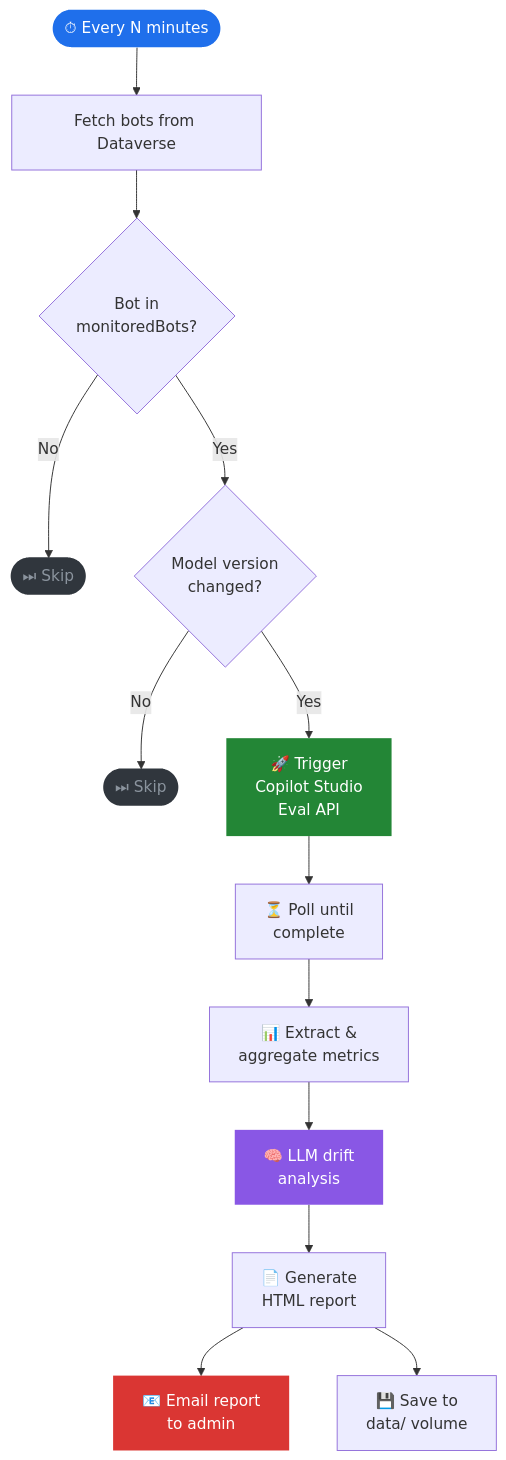
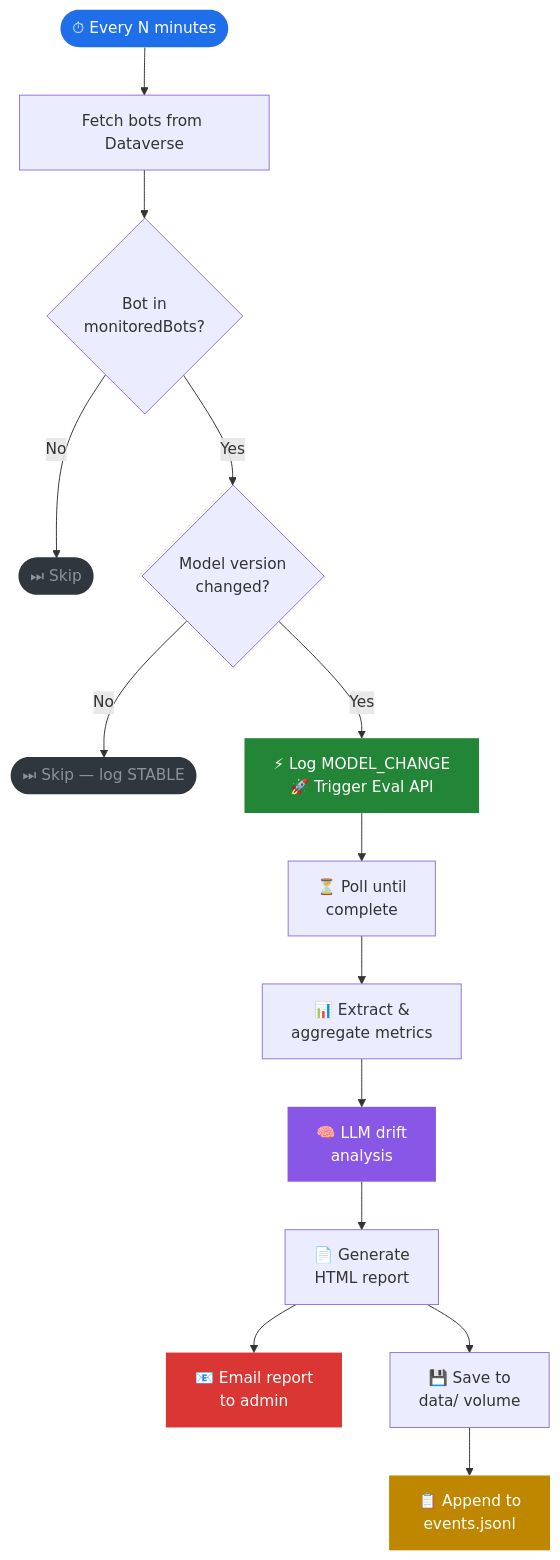
Before and after one commit to kaul-vineet/LLMDriftTracker: the diagram in README.md, drawn with Mermaid. The commit also changed other lines of this file and 8 other files, not shown here.

````diff
--- a/README.md
+++ b/README.md
@@ -50,22 +50,24 @@
 ```mermaid
 flowchart TD
     A([⏱ Every N minutes]) --> B[Fetch bots from Dataverse]
     B --> C{Bot in\nmonitoredBots?}
     C -- No --> D([⏭ Skip])
     C -- Yes --> E{Model version\nchanged?}
-    E -- No --> F([⏭ Skip])
-    E -- Yes --> G[🚀 Trigger\nCopilot Studio\nEval API]
+    E -- No --> F([⏭ Skip — log STABLE])
+    E -- Yes --> G[⚡ Log MODEL_CHANGE\n🚀 Trigger Eval API]
     G --> H[⏳ Poll until\ncomplete]
     H --> I[📊 Extract &\naggregate metrics]
     I --> J[🧠 LLM drift\nanalysis]
     J --> K[📄 Generate\nHTML report]
     K --> L[📧 Email report\nto admin]
     K --> M[💾 Save to\ndata/ volume]
+    M --> N[📋 Append to\nevents.jsonl]
 
     style A fill:#1f6feb,color:#fff,stroke:none
     style G fill:#238636,color:#fff,stroke:none
     style J fill:#8957e5,color:#fff,stroke:none
     style L fill:#da3633,color:#fff,stroke:none
+    style N fill:#bf8700,color:#fff,stroke:none
     style D fill:#30363d,color:#8b949e,stroke:none
     style F fill:#30363d,color:#8b949e,stroke:none
 ```
````
